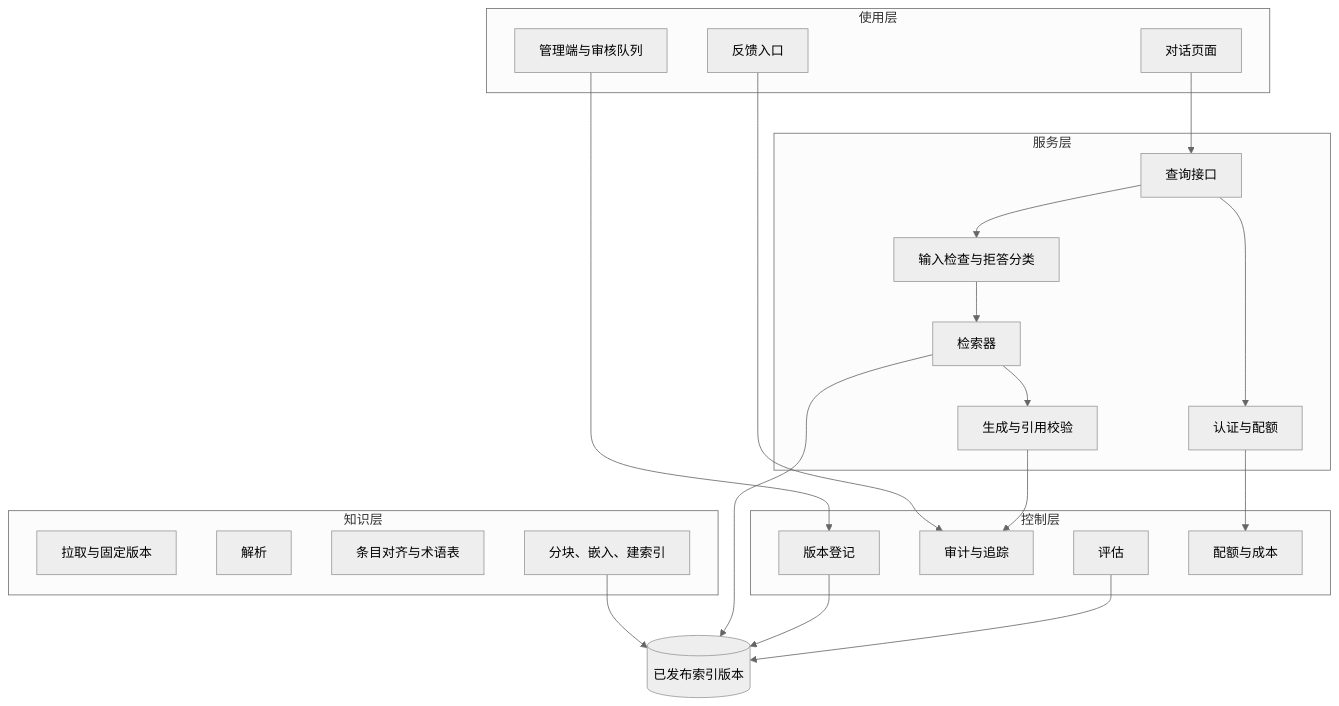
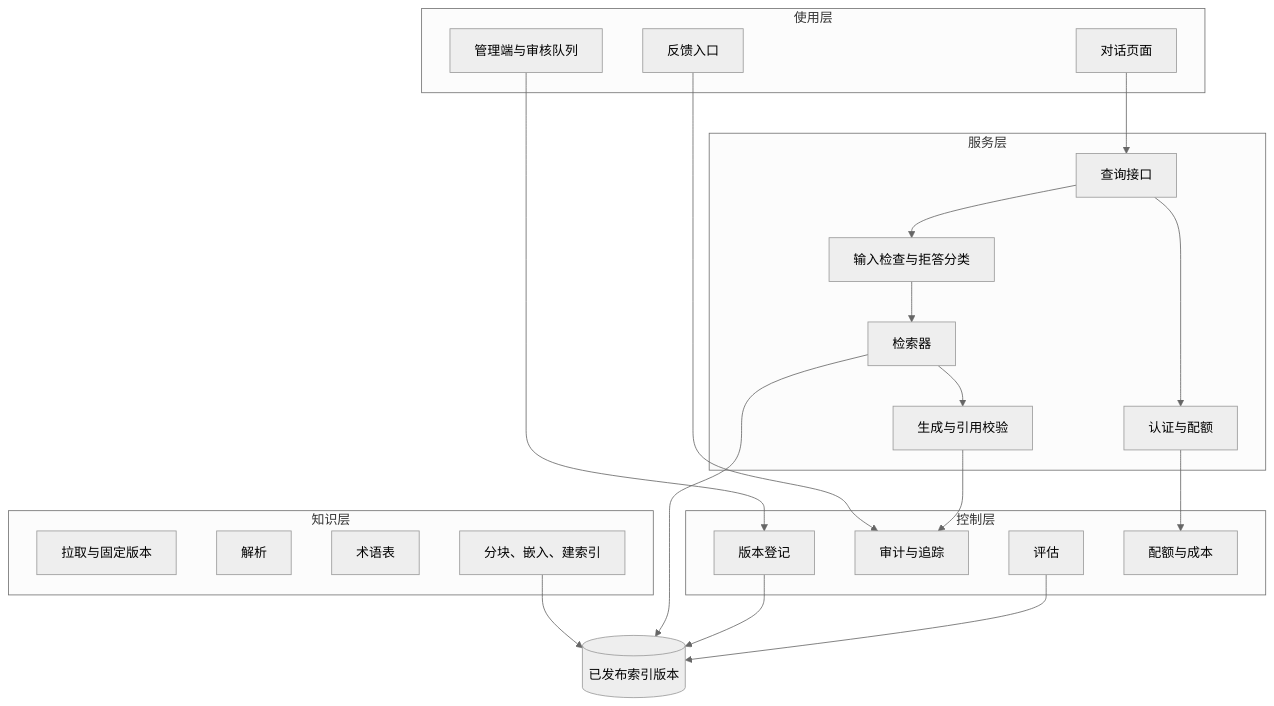
The diagram in design/06-architecture.md (MingHao00/ElderBrain), drawn with Mermaid (neutral theme) before and after one commit. The commit also changed other lines of this file and 125 other files, not shown here.

````diff
--- a/design/06-architecture.md
+++ b/design/06-architecture.md
@@ -9,40 +9,40 @@
 ```mermaid
 flowchart TB
     subgraph usage [使用层]
         WebChat[对话页面]
         AdminUI[管理端与审核队列]
         FeedbackUI[反馈入口]
     end
     subgraph service [服务层]
         AuthGate[认证与配额]
         QueryApi[查询接口]
         Guard[输入检查与拒答分类]
         Retriever[检索器]
         Generator[生成与引用校验]
     end
     subgraph knowledge [知识层]
         Ingest[拉取与固定版本]
         Parser[解析]
-        Aligner[条目对齐与术语表]
+        Terms[术语表]
         Indexer[分块、嵌入、建索引]
     end
     subgraph control [控制层]
         Versions[版本登记]
         Audit[审计与追踪]
         Eval[评估]
         Budget[配额与成本]
     end
     WebChat --> QueryApi
     FeedbackUI --> Audit
     AdminUI --> Versions
     QueryApi --> AuthGate
     AuthGate --> Budget
     QueryApi --> Guard
     Guard --> Retriever
     Retriever --> Generator
     Indexer --> PublishedIndex[(已发布索引版本)]
     Retriever --> PublishedIndex
     Versions --> PublishedIndex
     Generator --> Audit
     Eval --> PublishedIndex
 ```
````
